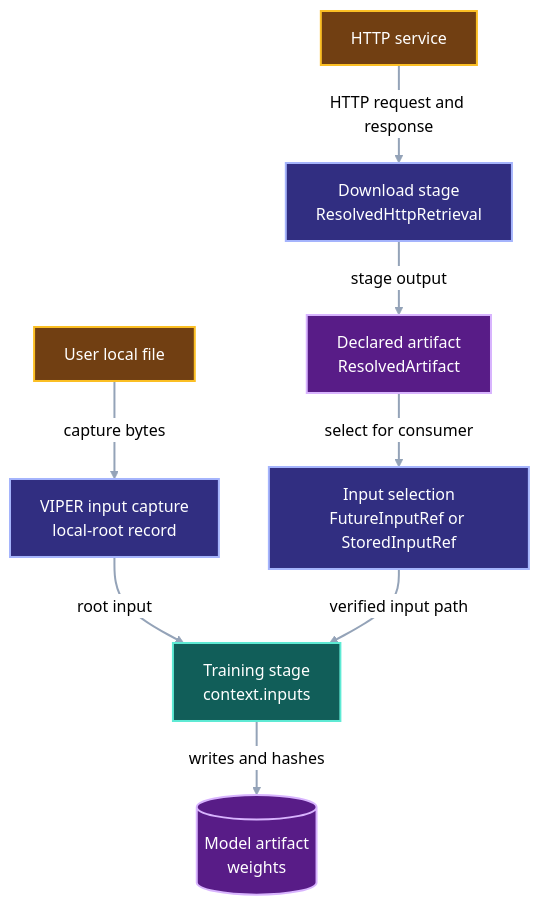
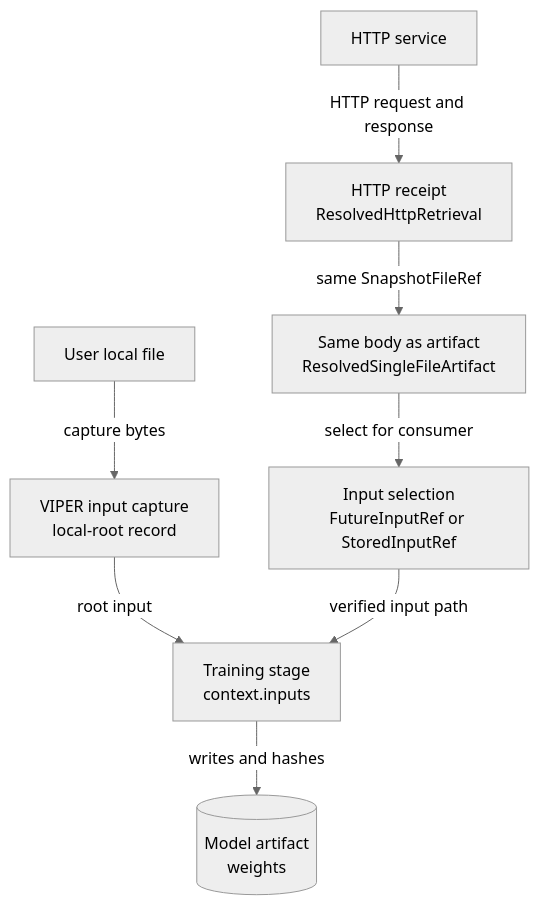
Before and after one commit to pvd232/viper: the diagram in docs/development/external-input-roots.md, drawn with Mermaid (neutral theme). The commit also changed other lines of this file and 1 other file, not shown here.

Commit message:
docs: specify download retrieval artifact identity

````diff
--- a/docs/development/external-input-roots.md
+++ b/docs/development/external-input-roots.md
@@ -56,30 +56,20 @@
 ```mermaid
 flowchart TB
     Local["User local file"]
     Service["HTTP service"]
     Capture["VIPER input capture<br/>local-root record"]
-    Download["Download stage<br/>ResolvedHttpRetrieval"]
-    Artifact["Declared artifact<br/>ResolvedArtifact"]
+    Download["HTTP receipt<br/>ResolvedHttpRetrieval"]
+    Artifact["Same body as artifact<br/>ResolvedSingleFileArtifact"]
     Select["Input selection<br/>FutureInputRef or StoredInputRef"]
     Train["Training stage<br/>context.inputs"]
     Weights[("Model artifact<br/>weights")]
 
     Local -->|"capture bytes"| Capture
     Capture -->|"root input"| Train
     Service -->|"HTTP request and response"| Download
-    Download -->|"stage output"| Artifact
+    Download -->|"same SnapshotFileRef"| Artifact
     Artifact -->|"select for consumer"| Select
     Select -->|"verified input path"| Train
     Train -->|"writes and hashes"| Weights
 
-    class Local,Service external
-    class Capture,Download,Select application
-    class Artifact,Weights data
-    class Train worker
-
-    classDef external fill:#713f12,stroke:#fbbf24,color:#ffffff,stroke-width:2px
-    classDef application fill:#312e81,stroke:#a5b4fc,color:#ffffff,stroke-width:2px
-    classDef data fill:#581c87,stroke:#d8b4fe,color:#ffffff,stroke-width:2px
-    classDef worker fill:#115e59,stroke:#5eead4,color:#ffffff,stroke-width:2px
-    linkStyle default stroke:#94a3b8,stroke-width:2px
 ```
````
